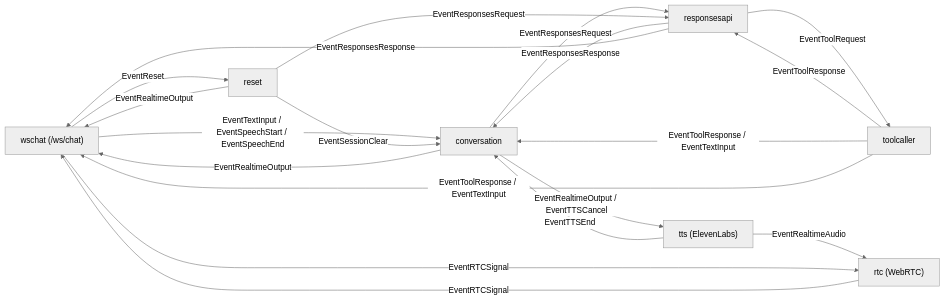
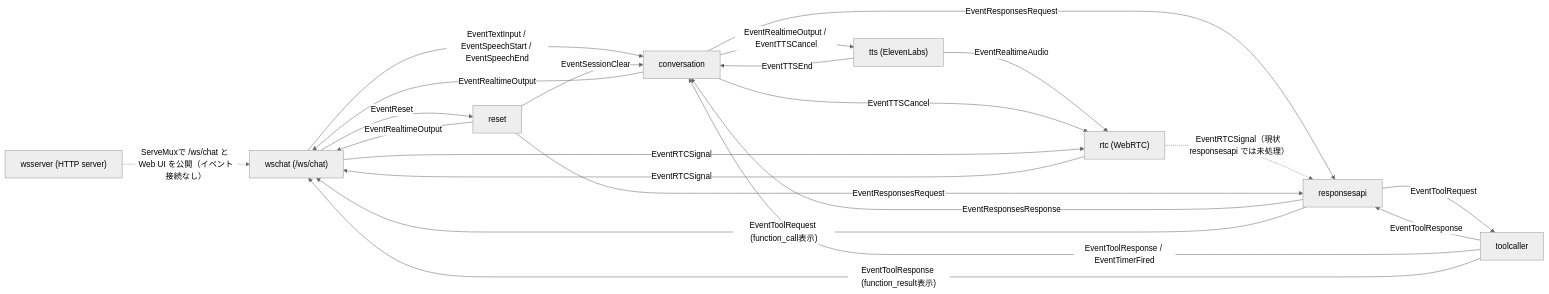
The diagram in README.md (tetetratra/smart-speaker), drawn with Mermaid (neutral theme) before and after one commit. The commit also changed other lines of this file, not shown here.

Commit message:
READMEの構成図を現行ステージ接続に更新

````diff
--- a/README.md
+++ b/README.md
@@ -100,35 +100,40 @@
 ```mermaid
 flowchart LR
+  wsserver["wsserver (HTTP server)"]
   wschat["wschat (/ws/chat)"]
   reset["reset"]
   conversation["conversation"]
   responses["responsesapi"]
   toolcaller["toolcaller"]
   tts["tts (ElevenLabs)"]
   rtc["rtc (WebRTC)"]
 
+  wsserver -. "ServeMuxで /ws/chat と Web UI を公開（イベント接続なし）" .-> wschat
+
   wschat -- "EventTextInput / EventSpeechStart / EventSpeechEnd" --> conversation
   conversation -- "EventRealtimeOutput" --> wschat
 
   conversation -- "EventResponsesRequest" --> responses
   responses -- "EventResponsesResponse" --> conversation
 
   responses -- "EventToolRequest" --> toolcaller
+  responses -- "EventToolRequest (function_call表示)" --> wschat
   toolcaller -- "EventToolResponse" --> responses
 
-  toolcaller -- "EventToolResponse / EventTextInput" --> conversation
-  toolcaller -- "EventToolResponse / EventTextInput" --> wschat
-  responses -- "EventResponsesResponse" --> wschat
+  toolcaller -- "EventToolResponse / EventTimerFired" --> conversation
+  toolcaller -- "EventToolResponse (function_result表示)" --> wschat
 
   conversation -- "EventRealtimeOutput / EventTTSCancel" --> tts
   tts -- "EventTTSEnd" --> conversation
   tts -- "EventRealtimeAudio" --> rtc
+  conversation -- "EventTTSCancel" --> rtc
 
   wschat -- "EventRTCSignal" --> rtc
   rtc -- "EventRTCSignal" --> wschat
+  rtc -. "EventRTCSignal（現状 responsesapi では未処理）" .-> responses
 
   wschat -- "EventReset" --> reset
   reset -- "EventRealtimeOutput" --> wschat
   reset -- "EventResponsesRequest" --> responses
   reset -- "EventSessionClear" --> conversation
 ```
````
